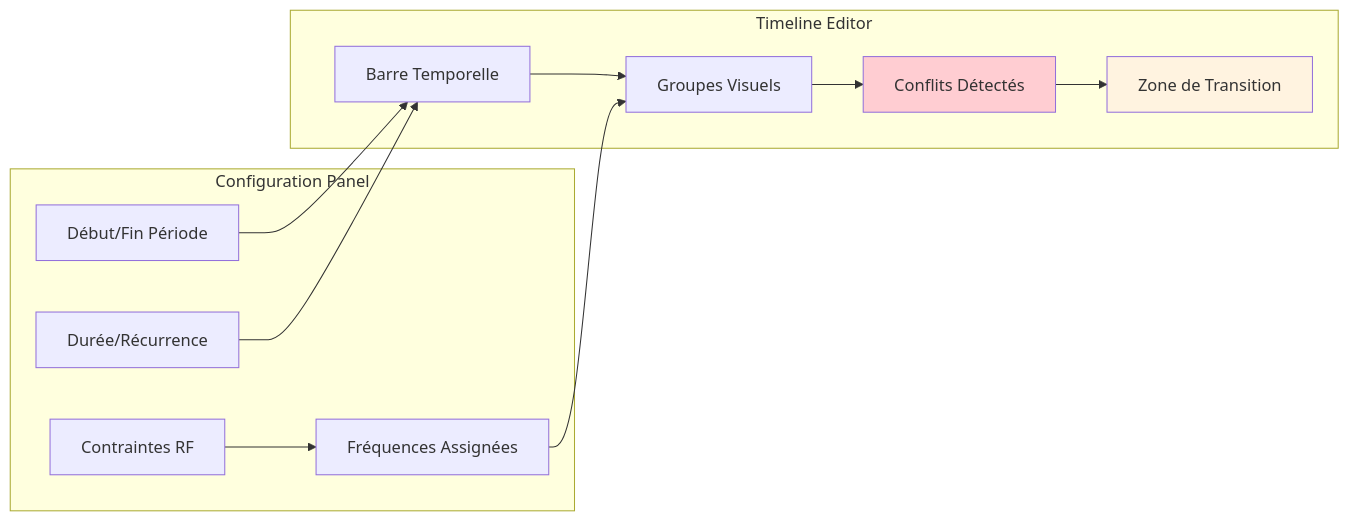
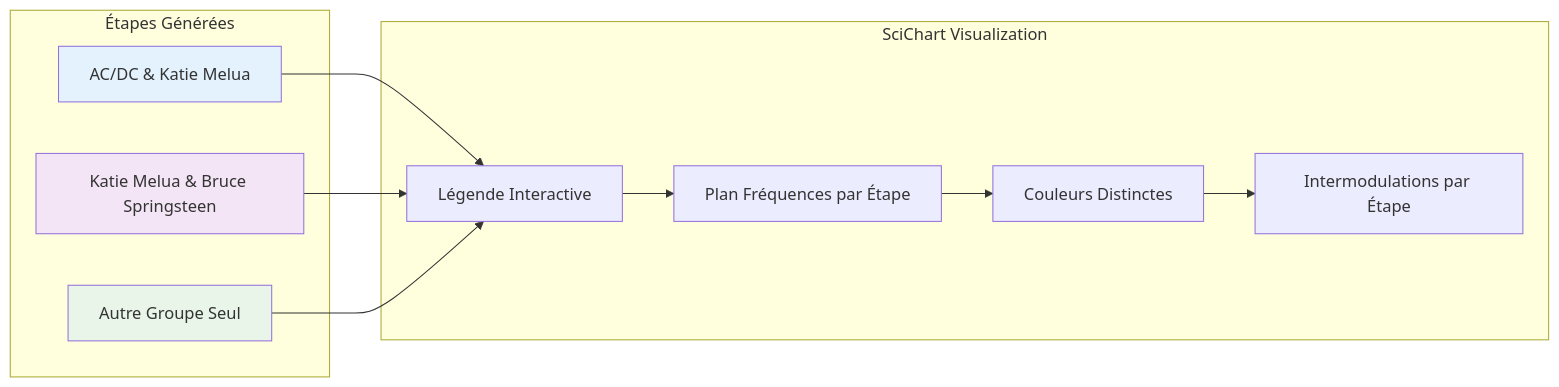
One commit to Beatwen/RF_Go changed the fourth of 4 diagrams in docusaurus/docs/features/time-management.md. Above: the diagram before and after it, drawn with Mermaid. The commit also changed other lines of this file and 17 other files, not shown here.

````diff
--- a/docusaurus/docs/features/time-management.md
+++ b/docusaurus/docs/features/time-management.md
@@ -169,27 +269,26 @@
 ```mermaid
 graph LR
-    subgraph "Timeline Editor"
-        A[Barre Temporelle]
-        B[Groupes Visuels]
-        C[Conflits Détectés]
-        D[Zone de Transition]
+    subgraph "SciChart Visualization"
+        A[Légende Interactive]
+        B[Plan Fréquences par Étape]
+        C[Couleurs Distinctes]
+        D[Intermodulations par Étape]
     end
     
-    subgraph "Configuration Panel"
-        E[Début/Fin Période]
-        F[Durée/Récurrence]
-        G[Contraintes RF]
-        H[Fréquences Assignées]
+    subgraph "Étapes Générées"
+        E["AC/DC & Katie Melua"]
+        F["Katie Melua & Bruce Springsteen"] 
+        G["Autre Groupe Seul"]
     end
     
+    E --> A
+    F --> A
+    G --> A
     A --> B
     B --> C
     C --> D
-    E --> A
-    F --> A
-    G --> H
-    H --> B
     
-    style C fill:#ffcdd2
-    style D fill:#fff3e0
+    style E fill:#e3f2fd
+    style F fill:#f3e5f5
+    style G fill:#e8f5e8
 ```
````
